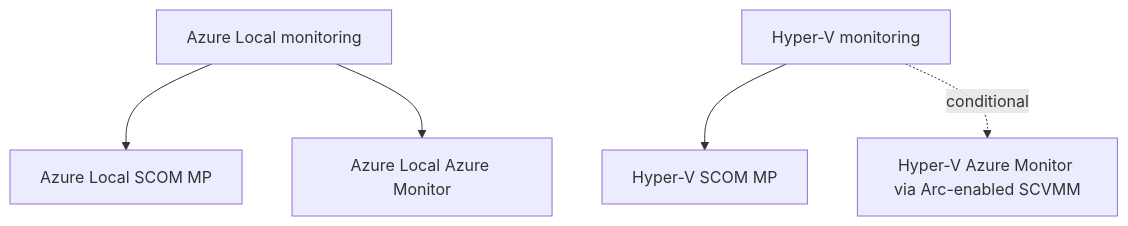
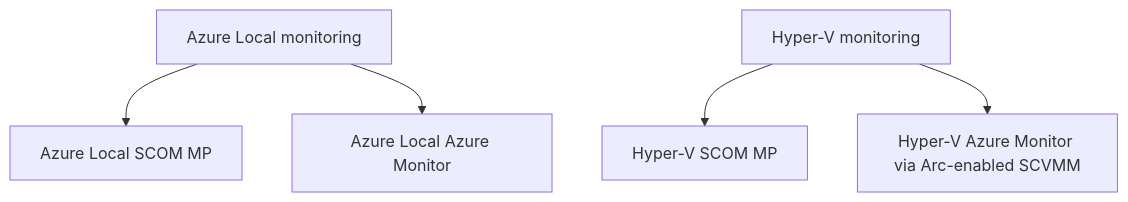
One commit to AzureLocal/azurelocal-scom-mp changed the first of 2 diagrams in docs/project/roadmap.md. Above: the diagram before and after it, drawn with Mermaid. The commit also changed other lines of this file and 104 other files, not shown here.

````diff
--- a/docs/project/roadmap.md
+++ b/docs/project/roadmap.md
@@ -14,10 +14,10 @@
 ```mermaid
 flowchart TD
     AZL[Azure Local monitoring]
     AZL --> AZLS[Azure Local SCOM MP]
     AZL --> AZLA[Azure Local Azure Monitor]
 
     HV[Hyper-V monitoring]
     HV --> HVS[Hyper-V SCOM MP]
-    HV -. conditional .-> HVA[Hyper-V Azure Monitor via Arc-enabled SCVMM]
+    HV --> HVA[Hyper-V Azure Monitor via Arc-enabled SCVMM]
 ```
````
